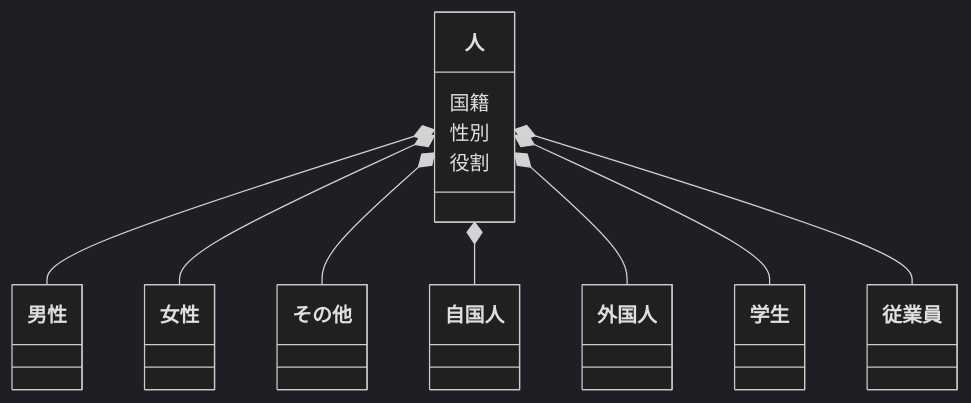
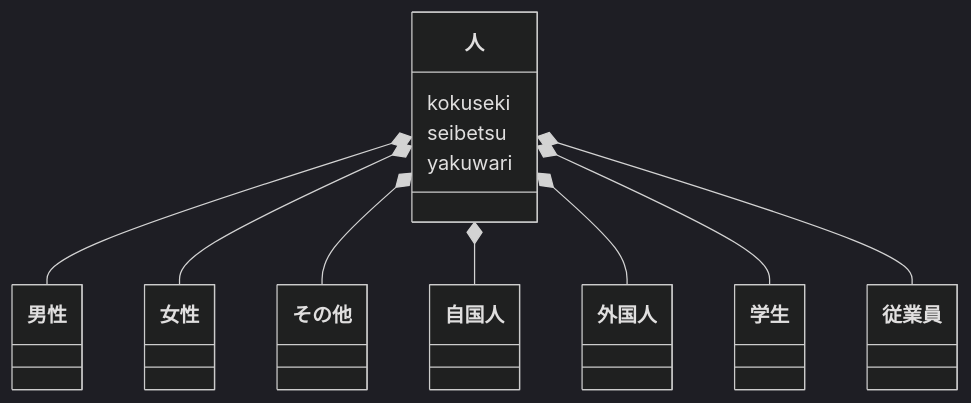
One commit to tpu-game-2022/mermaid_test changed the second of 2 diagrams in README.md. Above: the diagram before and after it, drawn with Mermaid (dark theme).

Commit message:
クラス図テスト01

````diff
--- a/README.md
+++ b/README.md
@@ -55,14 +55,14 @@
 ```mermaid
   classDiagram
-  人:国籍
-  人:性別
-  人:役割
+  人 : kokuseki
+  人 : seibetsu
+  人 : yakuwari
   人 *-- 男性
   人 *-- 女性
   人 *-- その他
   人 *-- 自国人
   人 *-- 外国人
   人 *-- 学生
   人 *-- 従業員
 
 ```
````
